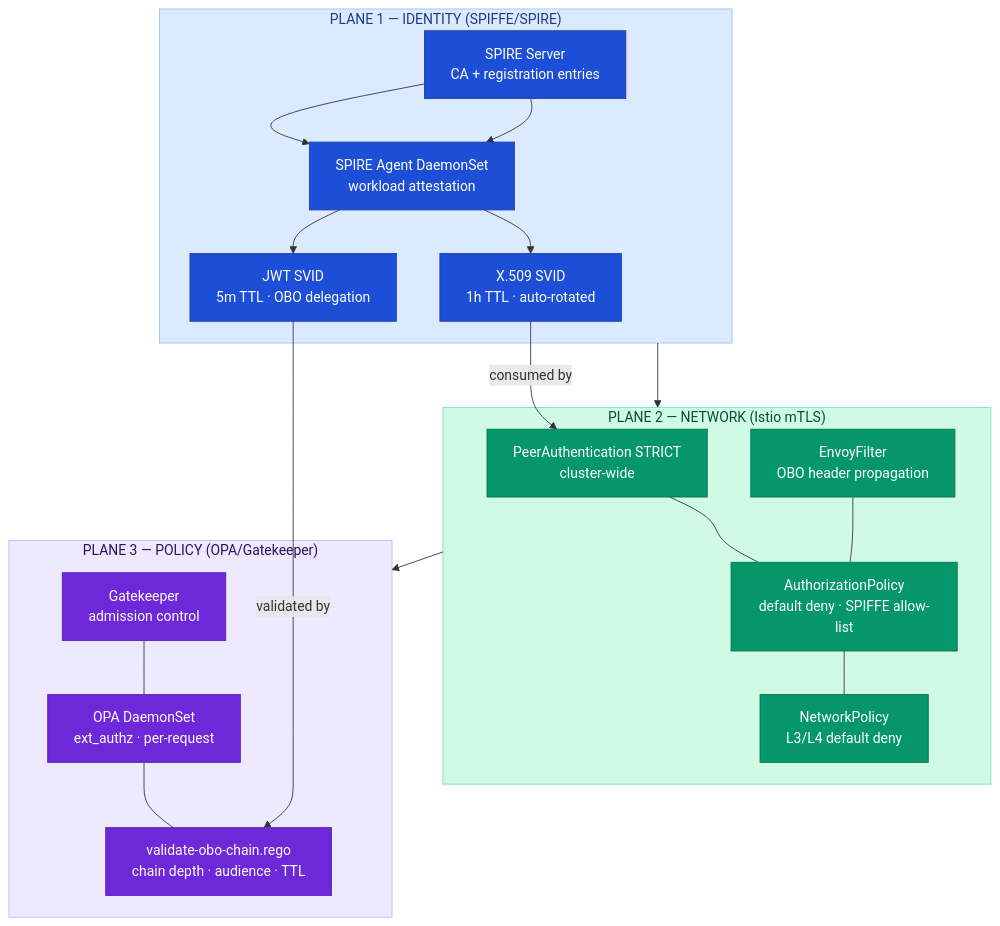
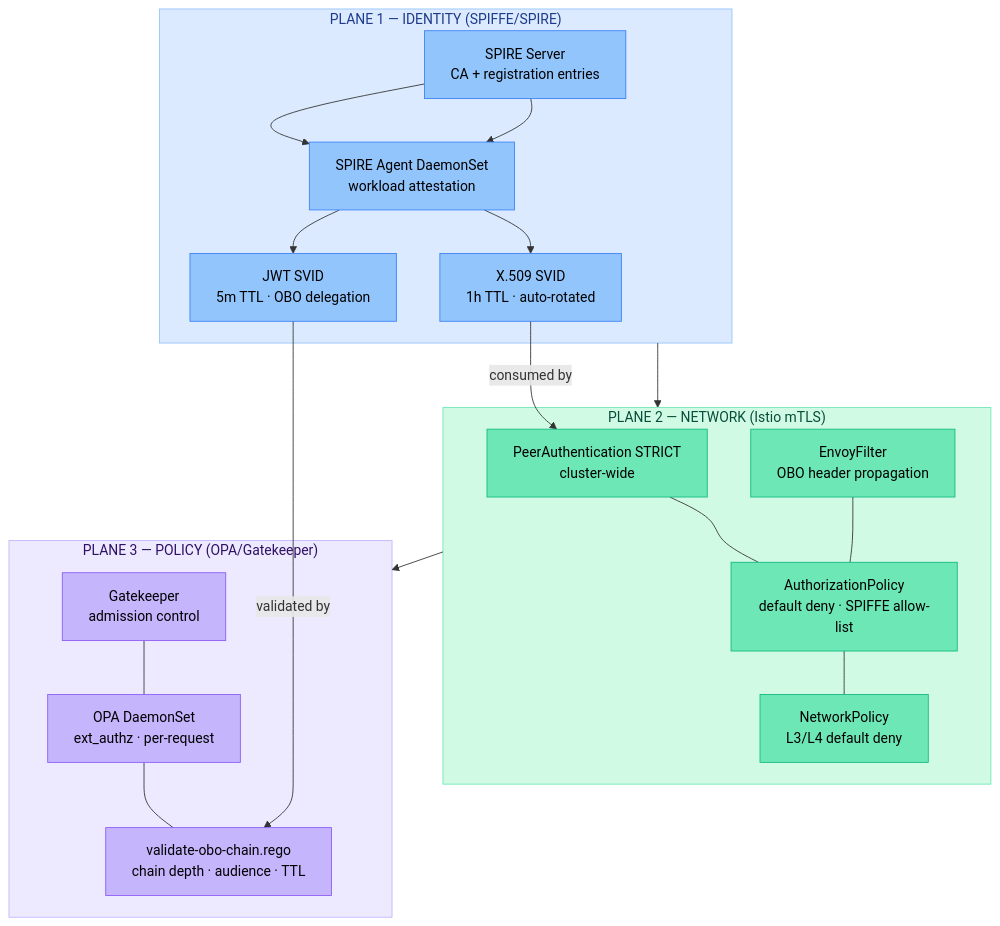
Before and after one commit to naren-chakraview/chakraview-zero-trust-blueprint: the first of 3 diagrams in docs/index.md, drawn with Mermaid.

Commit message:
Use black text in diagram nodes with lighter fills
Node fills changed to blue-300/emerald-300/violet-300 so black text
has high contrast. Removes white-on-dark which was unreadable.

````diff
--- a/docs/index.md
+++ b/docs/index.md
@@ -15,49 +15,49 @@
 ```mermaid
 graph TB
     subgraph PLANE1["PLANE 1 — IDENTITY (SPIFFE/SPIRE)"]
         SPIRE["SPIRE Server\nCA + registration entries"]
         AGENT["SPIRE Agent DaemonSet\nworkload attestation"]
         SVID["X.509 SVID\n1h TTL · auto-rotated"]
         JWT["JWT SVID\n5m TTL · OBO delegation"]
         SPIRE --> AGENT --> SVID
         SPIRE --> AGENT --> JWT
     end
 
     subgraph PLANE2["PLANE 2 — NETWORK (Istio mTLS)"]
         PA["PeerAuthentication STRICT\ncluster-wide"]
         AP["AuthorizationPolicy\ndefault deny · SPIFFE allow-list"]
         NP["NetworkPolicy\nL3/L4 default deny"]
         OBO_FILTER["EnvoyFilter\nOBO header propagation"]
         PA --- AP --- NP
         OBO_FILTER --- AP
     end
 
     subgraph PLANE3["PLANE 3 — POLICY (OPA/Gatekeeper)"]
         GK["Gatekeeper\nadmission control"]
         OPA["OPA DaemonSet\next_authz · per-request"]
         OBO_POLICY["validate-obo-chain.rego\nchain depth · audience · TTL"]
         GK --- OPA --- OBO_POLICY
     end
 
     SVID -->|"consumed by"| PA
     JWT -->|"validated by"| OBO_POLICY
     PLANE1 --> PLANE2 --> PLANE3
 
     style PLANE1 fill:#dbeafe,color:#1e3a8a,stroke:#93c5fd
     style PLANE2 fill:#d1fae5,color:#064e3b,stroke:#6ee7b7
     style PLANE3 fill:#ede9fe,color:#2e1065,stroke:#c4b5fd
 
-    style SPIRE      fill:#1d4ed8,color:#ffffff,stroke:#1e40af
-    style AGENT      fill:#1d4ed8,color:#ffffff,stroke:#1e40af
-    style SVID       fill:#1d4ed8,color:#ffffff,stroke:#1e40af
-    style JWT        fill:#1d4ed8,color:#ffffff,stroke:#1e40af
+    style SPIRE      fill:#93c5fd,color:#000000,stroke:#3b82f6
+    style AGENT      fill:#93c5fd,color:#000000,stroke:#3b82f6
+    style SVID       fill:#93c5fd,color:#000000,stroke:#3b82f6
+    style JWT        fill:#93c5fd,color:#000000,stroke:#3b82f6
 
-    style PA         fill:#059669,color:#ffffff,stroke:#047857
-    style AP         fill:#059669,color:#ffffff,stroke:#047857
-    style NP         fill:#059669,color:#ffffff,stroke:#047857
-    style OBO_FILTER fill:#059669,color:#ffffff,stroke:#047857
+    style PA         fill:#6ee7b7,color:#000000,stroke:#10b981
+    style AP         fill:#6ee7b7,color:#000000,stroke:#10b981
+    style NP         fill:#6ee7b7,color:#000000,stroke:#10b981
+    style OBO_FILTER fill:#6ee7b7,color:#000000,stroke:#10b981
 
-    style GK         fill:#6d28d9,color:#ffffff,stroke:#5b21b6
-    style OPA        fill:#6d28d9,color:#ffffff,stroke:#5b21b6
-    style OBO_POLICY fill:#6d28d9,color:#ffffff,stroke:#5b21b6
+    style GK         fill:#c4b5fd,color:#000000,stroke:#8b5cf6
+    style OPA        fill:#c4b5fd,color:#000000,stroke:#8b5cf6
+    style OBO_POLICY fill:#c4b5fd,color:#000000,stroke:#8b5cf6
 ```
````
